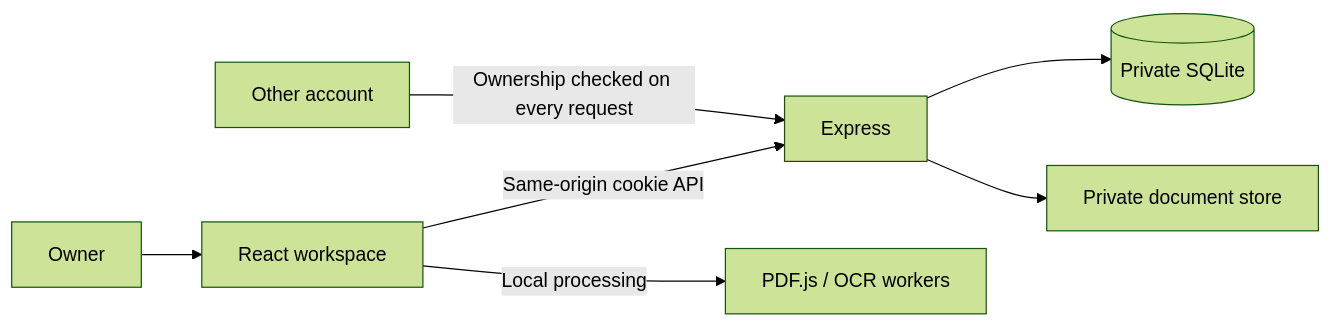
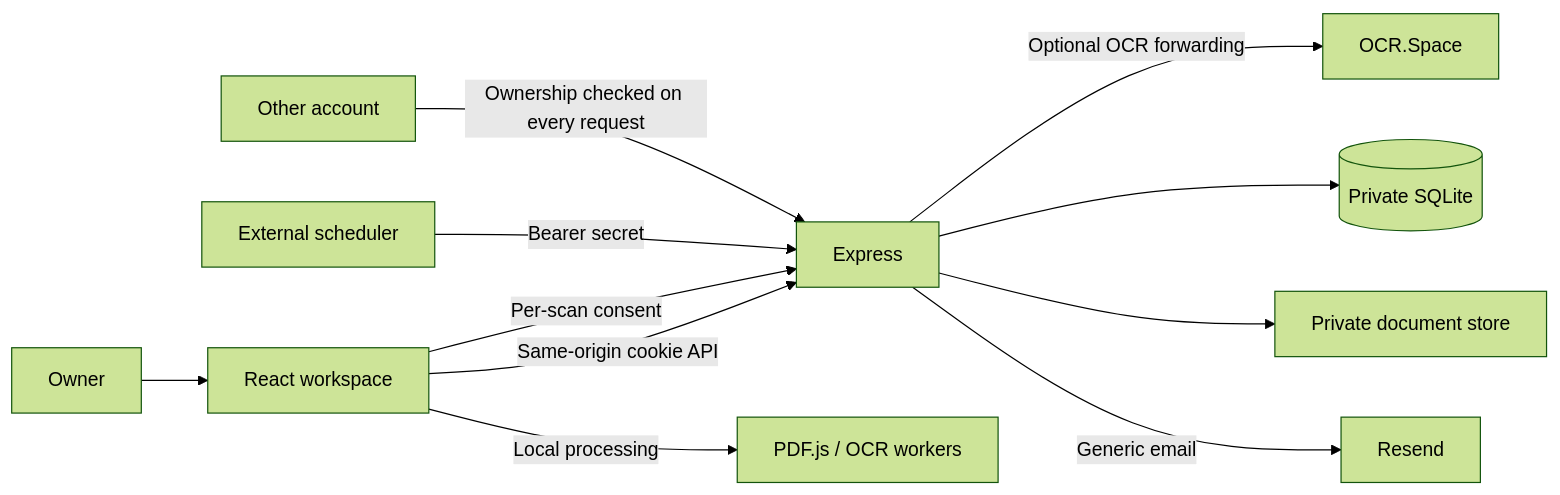
The first of 3 diagrams in docs/architecture.md (adrock18/medivault), drawn with Mermaid (forest theme) before and after one commit. The commit also changed other lines of this file and 106 other files, not shown here.

````diff
--- a/docs/architecture.md
+++ b/docs/architecture.md
@@ -22,9 +23,13 @@
 ```mermaid
 flowchart LR
   Person["Owner"] --> Browser["React workspace"]
   Browser -->|"Same-origin cookie API"| Express["Express"]
   Browser -->|"Local processing"| Workers["PDF.js / OCR workers"]
+  Browser -->|"Per-scan consent"| Express
+  Express -->|"Optional OCR forwarding"| OCR["OCR.Space"]
   Express --> SQLite[("Private SQLite")]
   Express --> Documents["Private document store"]
+  Scheduler["External scheduler"] -->|"Bearer secret"| Express
+  Express -->|"Generic email"| Resend["Resend"]
   Other["Other account"] -->|"Ownership checked on every request"| Express
 ```
````
